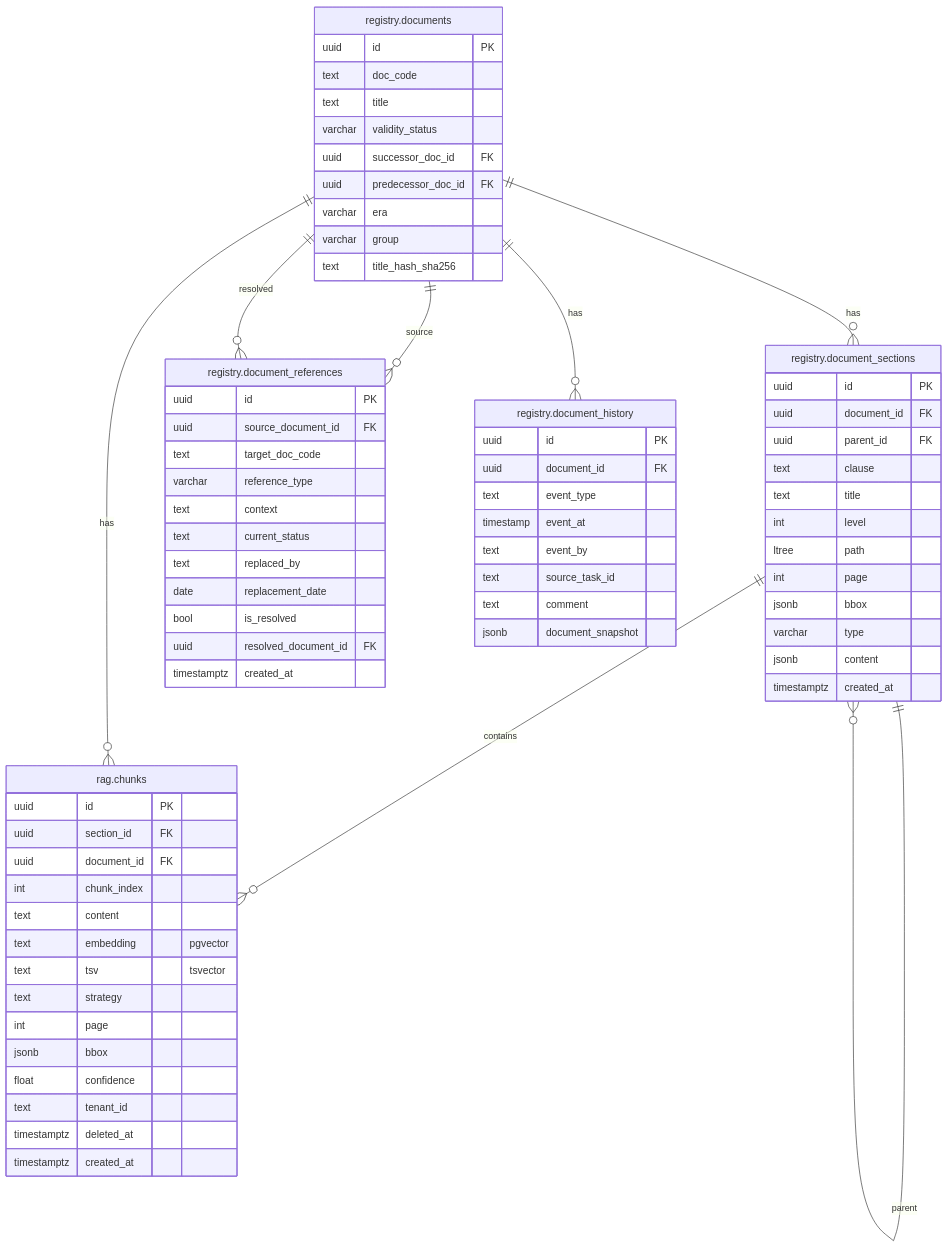
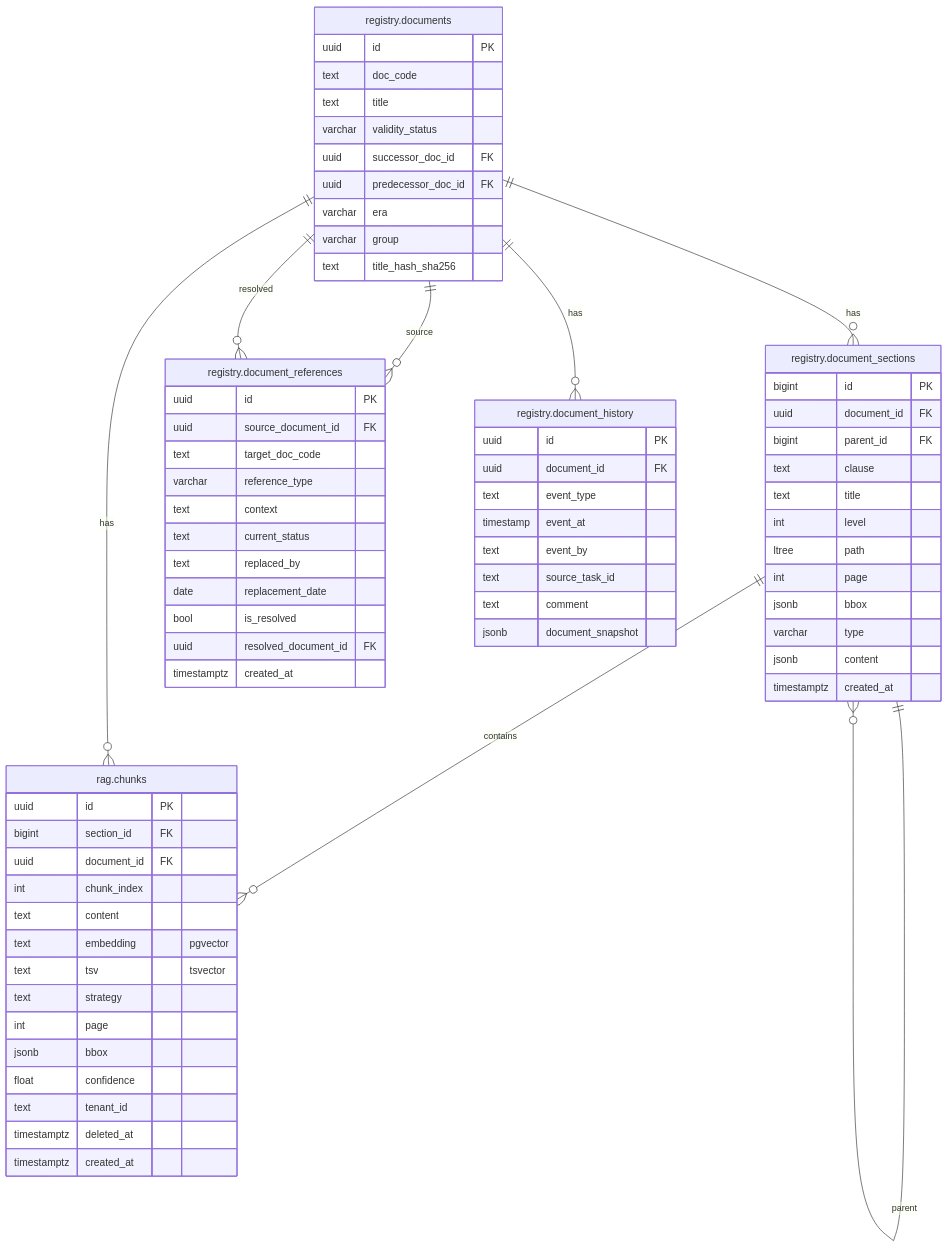
Before and after one commit to MasterKSAF/PKB: the diagram in docs/db_diagrams.md, drawn with Mermaid. The commit also changed 1 other file, not shown here.

Commit message:
fix: унификация field naming — gost_code→doc_code, file_key→image_key для фрагментов
- rename: gost_code → doc_code во всех JSON и docs
- rename: file_key → image_key для фрагментов изображений (фигуры, таблицы, формулы)
- file_key сохранён только для ссылок на исходный файл
- db_diagrams: PK/FK секций bigint (uuid→bigint)
- pipeline1-formation: preview/metadata — designation + doc_code с примечанием
- pipeline1-formation_detail: таблица маппинга приведена к единым именам полей
- different_purgatory: уточнено image_key для изображений

````diff
--- a/docs/db_diagrams.md
+++ b/docs/db_diagrams.md
@@ -9,79 +9,79 @@
 ```mermaid
 erDiagram
     registry.documents {
         uuid id PK
         text doc_code
         text title
         varchar validity_status
         uuid successor_doc_id FK
         uuid predecessor_doc_id FK
         varchar era
         varchar group
         text title_hash_sha256
     }
 
     registry.document_sections {
-        uuid id PK
+        bigint id PK
         uuid document_id FK
-        uuid parent_id FK
+        bigint parent_id FK
         text clause
         text title
         int level
         ltree path
         int page
         jsonb bbox
         varchar type
         jsonb content
         timestamptz created_at
     }
 
     rag.chunks {
         uuid id PK
-        uuid section_id FK
+        bigint section_id FK
         uuid document_id FK
         int chunk_index
         text content
         text embedding "pgvector"
         text tsv "tsvector"
         text strategy
         int page
         jsonb bbox
         float confidence
         text tenant_id
         timestamptz deleted_at
         timestamptz created_at
     }
 
     registry.document_references {
         uuid id PK
         uuid source_document_id FK
         text target_doc_code
         varchar reference_type
         text context
         text current_status
         text replaced_by
         date replacement_date
         bool is_resolved
         uuid resolved_document_id FK
         timestamptz created_at
     }
 
     registry.document_history {
         uuid id PK
         uuid document_id FK
         text event_type
         timestamp event_at
         text event_by
         text source_task_id
         text comment
         jsonb document_snapshot
     }
 
     registry.documents ||--o{ registry.document_sections : has
     registry.document_sections ||--o{ registry.document_sections : parent
     registry.document_sections ||--o{ rag.chunks : contains
     registry.documents ||--o{ registry.document_references : source
     registry.documents ||--o{ registry.document_references : resolved
     registry.documents ||--o{ rag.chunks : has
     registry.documents ||--o{ registry.document_history : has
 ```
````
